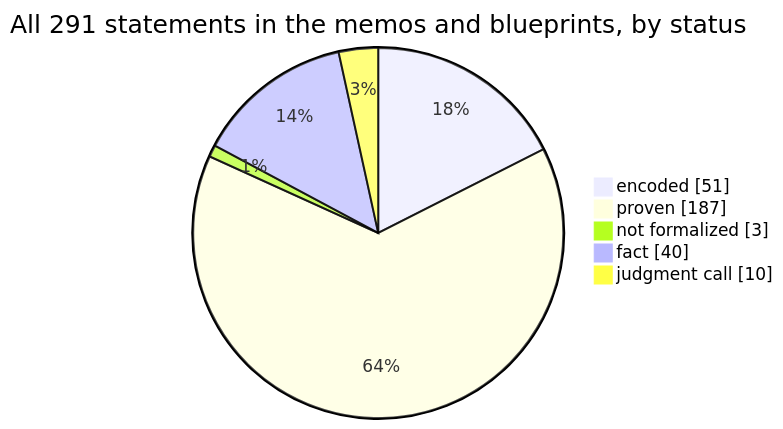
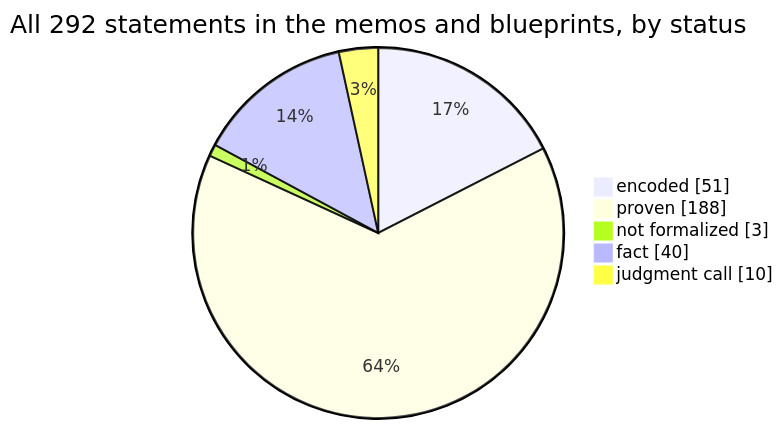
Before and after one commit to SeanWMurray/Canteen: the first of 4 diagrams in docs/graphs/dashboard.md, drawn with Mermaid. The commit also changed other lines of this file and 22 other files, not shown here.

````diff
--- a/docs/graphs/dashboard.md
+++ b/docs/graphs/dashboard.md
@@ -11,8 +11,8 @@
 ```mermaid
-pie showData title All 291 statements in the memos and blueprints, by status
+pie showData title All 292 statements in the memos and blueprints, by status
     "encoded" : 51
-    "proven" : 187
+    "proven" : 188
     "not formalized" : 3
     "fact" : 40
     "judgment call" : 10
 ```
````
